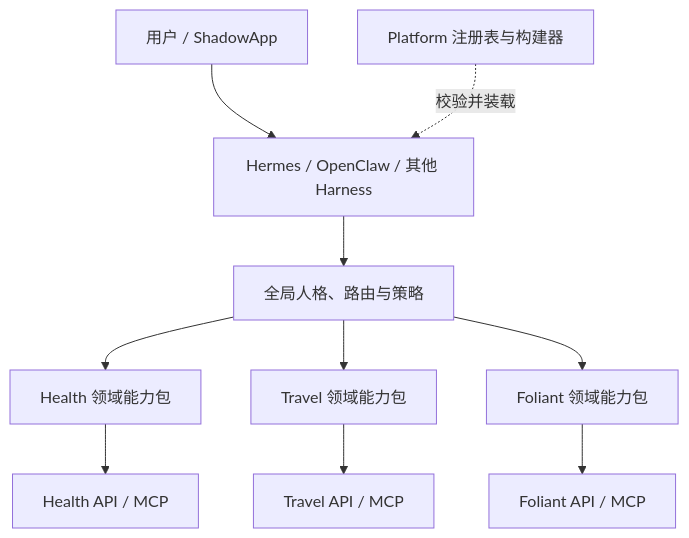
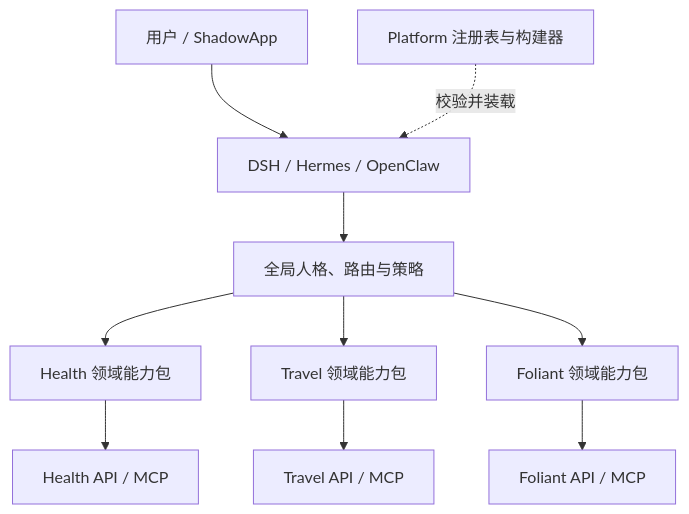
One commit to Cylunex/shadow-platform changed the diagram in docs/unified-agent.md. Above: the diagram before and after it, drawn with Mermaid. The commit also changed other lines of this file and 34 other files, not shown here.

````diff
--- a/docs/unified-agent.md
+++ b/docs/unified-agent.md
@@ -16,12 +16,12 @@
 ```mermaid
 flowchart TD
-    U["用户 / ShadowApp"] --> H["Hermes / OpenClaw / 其他 Harness"]
+    U["用户 / ShadowApp"] --> H["DSH / Hermes / OpenClaw"]
     H --> P["全局人格、路由与策略"]
     P --> HS["Health 领域能力包"]
     P --> TS["Travel 领域能力包"]
     P --> FS["Foliant 领域能力包"]
     HS --> HA["Health API / MCP"]
     TS --> TA["Travel API / MCP"]
     FS --> FA["Foliant API / MCP"]
     REG["Platform 注册表与构建器"] -.校验并装载.-> H
 ```
````
